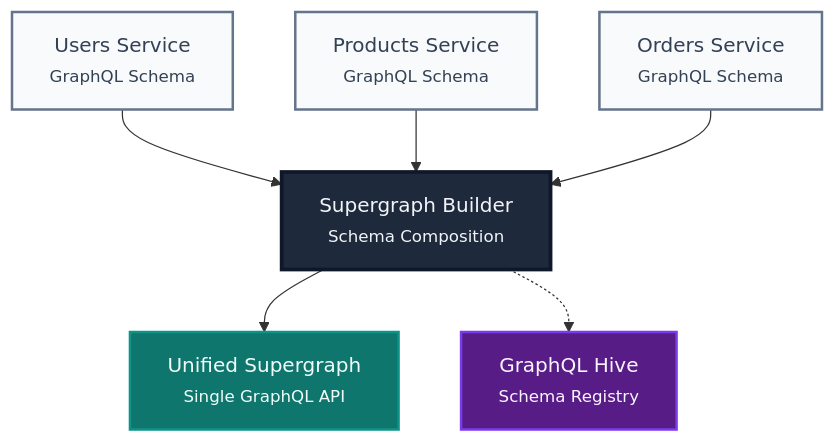
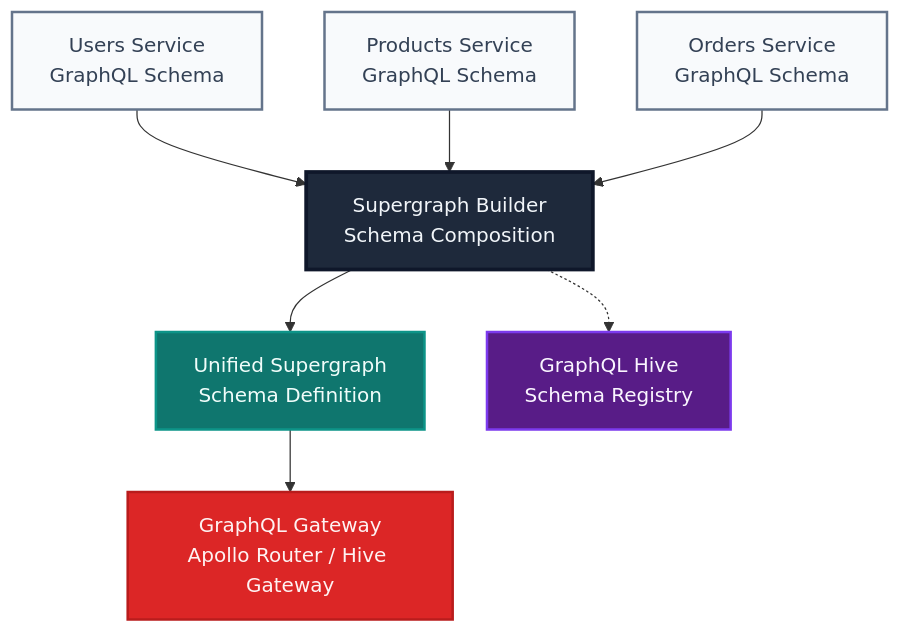
One commit to revisium/supergraph-builder changed the diagram in README.md. Above: the diagram before and after it, drawn with Mermaid. The commit also changed other lines of this file, not shown here.

````diff
--- a/README.md
+++ b/README.md
@@ -3,22 +3,25 @@
 ```mermaid
 graph TD
-    A["Users Service<br/><small>GraphQL Schema</small>"] 
-    B["Products Service<br/><small>GraphQL Schema</small>"]
-    C["Orders Service<br/><small>GraphQL Schema</small>"]
+    A["Users Service<br/>GraphQL Schema"] 
+    B["Products Service<br/>GraphQL Schema"]
+    C["Orders Service<br/>GraphQL Schema"]
     
-    A --> D["Supergraph Builder<br/><small>Schema Composition</small>"]
+    A --> D["Supergraph Builder<br/>Schema Composition"]
     B --> D
     C --> D
     
-    D --> E["Unified Supergraph<br/><small>Single GraphQL API</small>"]
+    D --> E["Unified Supergraph<br/>Schema Definition"]
     
-    F["GraphQL Hive<br/><small>Schema Registry</small>"] 
+    E --> G["GraphQL Gateway<br/>Apollo Router / Hive Gateway"]
+    
+    F["GraphQL Hive<br/>Schema Registry"] 
     D -.-> F
     
     style A fill:#f8fafc,stroke:#64748b,stroke-width:2px,color:#334155
     style B fill:#f8fafc,stroke:#64748b,stroke-width:2px,color:#334155
     style C fill:#f8fafc,stroke:#64748b,stroke-width:2px,color:#334155
     style D fill:#1e293b,stroke:#0f172a,stroke-width:3px,color:#f1f5f9
     style E fill:#0f766e,stroke:#0d9488,stroke-width:2px,color:#f0fdfa
+    style G fill:#dc2626,stroke:#b91c1c,stroke-width:2px,color:#fef2f2
     style F fill:#581c87,stroke:#7c3aed,stroke-width:2px,color:#faf5ff
 ```
````
